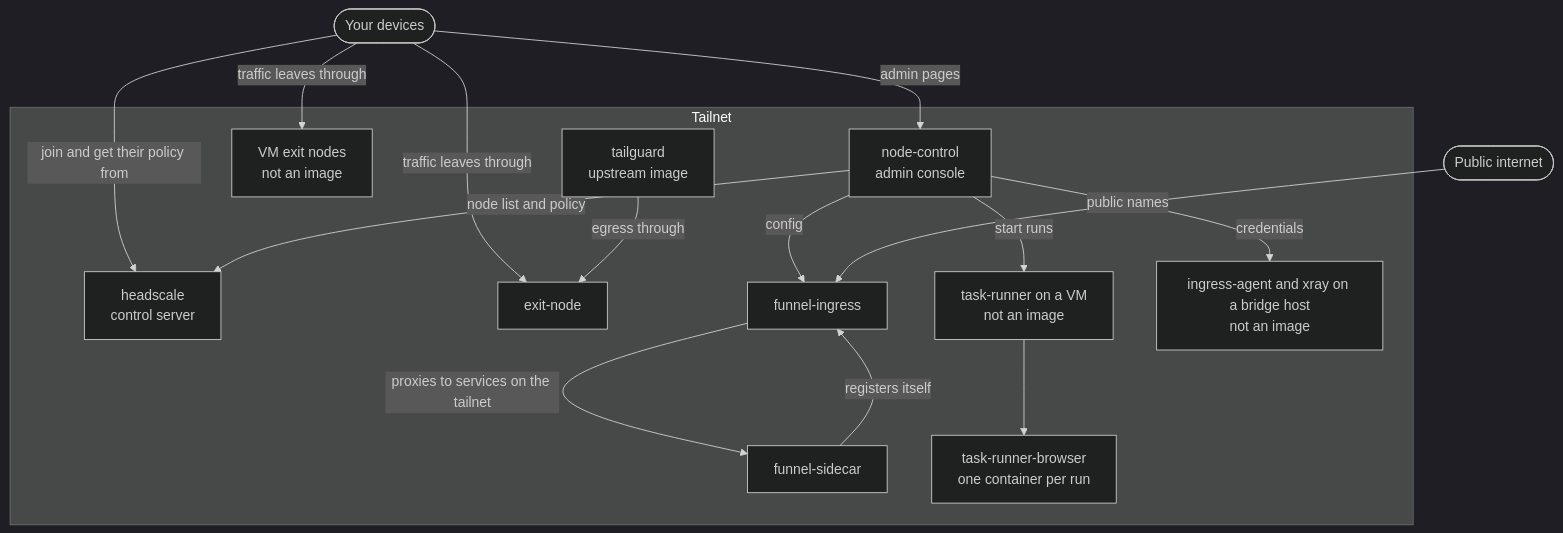
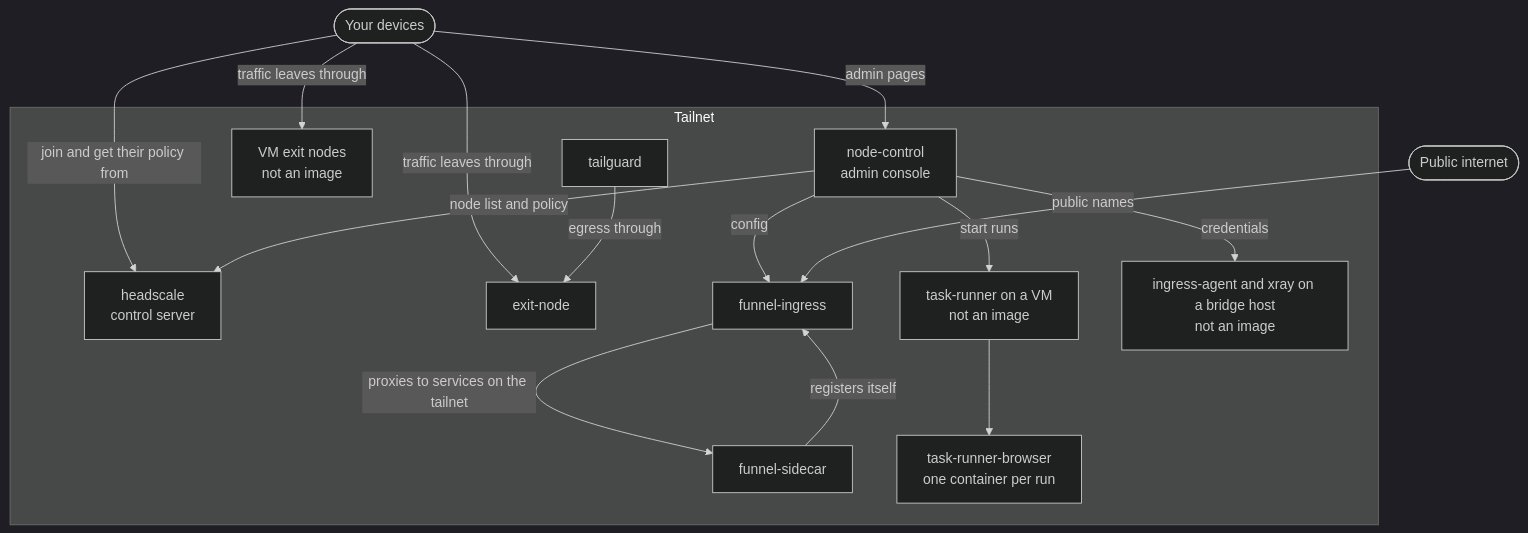
One commit to valentinalexeev/headlamp changed the diagram in docs/images.md. Above: the diagram before and after it, drawn with Mermaid (dark theme). The commit also changed other lines of this file and 11 other files, not shown here.

Commit message:
fix: build(tailguard): publish a pinned tailguard image from this repo (#391)

````diff
--- a/docs/images.md
+++ b/docs/images.md
@@ -9,32 +9,32 @@
 ```mermaid
 flowchart TB
     internet([Public internet])
     clients([Your devices])
 
     subgraph tailnet [Tailnet]
         headscale[headscale<br/>control server]
         console[node-control<br/>admin console]
         exit[exit-node]
         vm[VM exit nodes<br/>not an image]
         funnel[funnel-ingress]
         sidecar[funnel-sidecar]
         runner[task-runner on a VM<br/>not an image]
         browser[task-runner-browser<br/>one container per run]
         agent[ingress-agent and xray on a bridge host<br/>not an image]
-        guard[tailguard<br/>upstream image]
+        guard[tailguard]
     end
 
     clients -->|join and get their policy from| headscale
     clients -->|traffic leaves through| exit
     clients -->|traffic leaves through| vm
     clients -->|admin pages| console
     console -->|node list and policy| headscale
     console -->|config| funnel
     console -->|start runs| runner
     console -->|credentials| agent
     runner --> browser
     internet -->|public names| funnel
     funnel -->|proxies to services on the tailnet| sidecar
     sidecar -->|registers itself| funnel
     guard -->|egress through| exit
 ```
````
